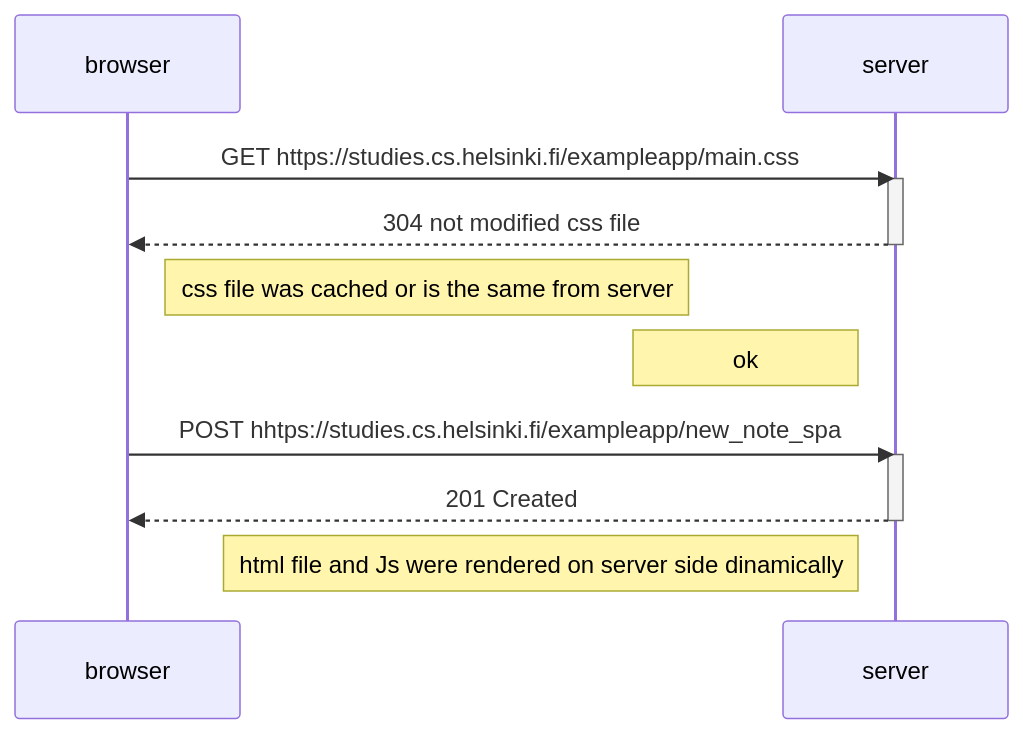
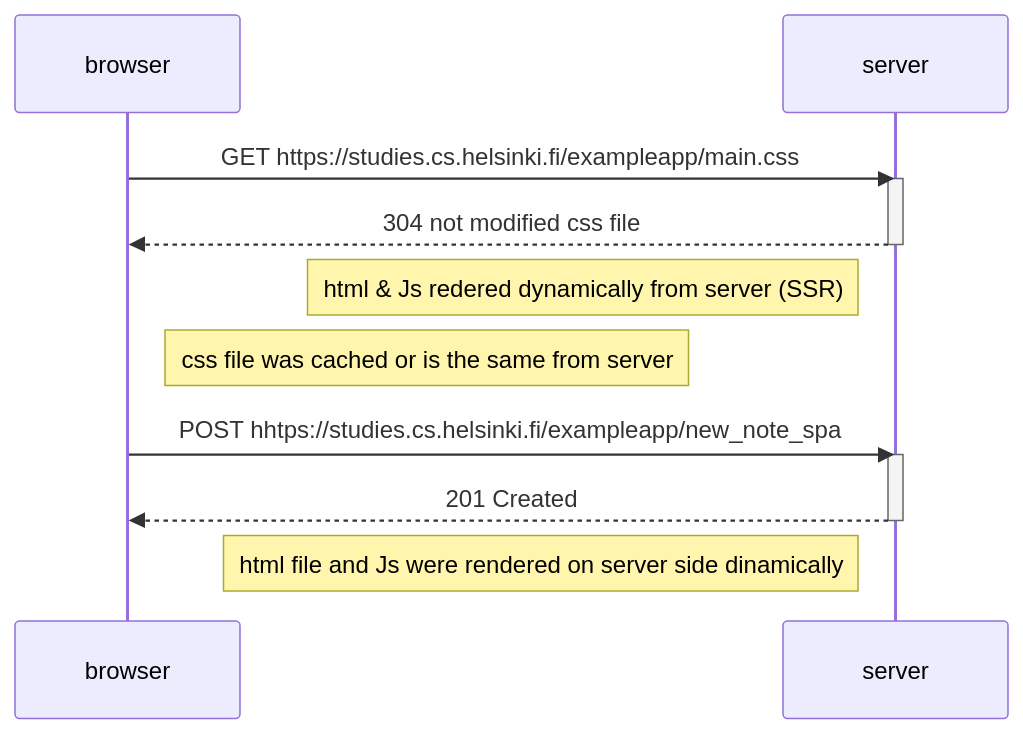
One commit to byemidev/fullstack changed the diagram in part0/0.6New-note-in-Single-page-app-diagram.md. Above: the diagram before and after it, drawn with Mermaid.

Commit message:
part0-0.6New.. done --> reviwed

````diff
--- a/part0/0.6New-note-in-Single-page-app-diagram.md
+++ b/part0/0.6New-note-in-Single-page-app-diagram.md
@@ -1,23 +1,24 @@
 ``` mermaid 
 
 sequenceDiagram
     participant browser
     participant server 
 
     browser->>server: GET https://studies.cs.helsinki.fi/exampleapp/main.css
     activate server
     server-->>browser:  304 not modified css file
     deactivate server
     
+    Note left of server: html & Js redered dynamically from server (SSR)
+
     Note right of browser: css file was cached or is the same from server
-    Note left of server: ok
-
+    
     browser->>server: POST hhtps://studies.cs.helsinki.fi/exampleapp/new_note_spa
     activate server
     server-->>browser: 201 Created
     deactivate server
 
     Note left of server: html file and Js were rendered on server side dinamically
     
     
 ```
````
